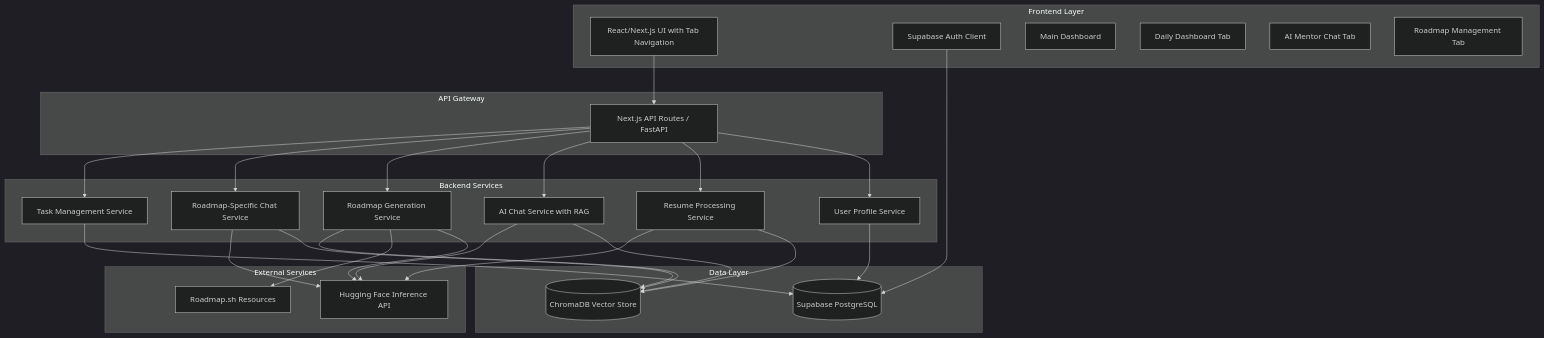
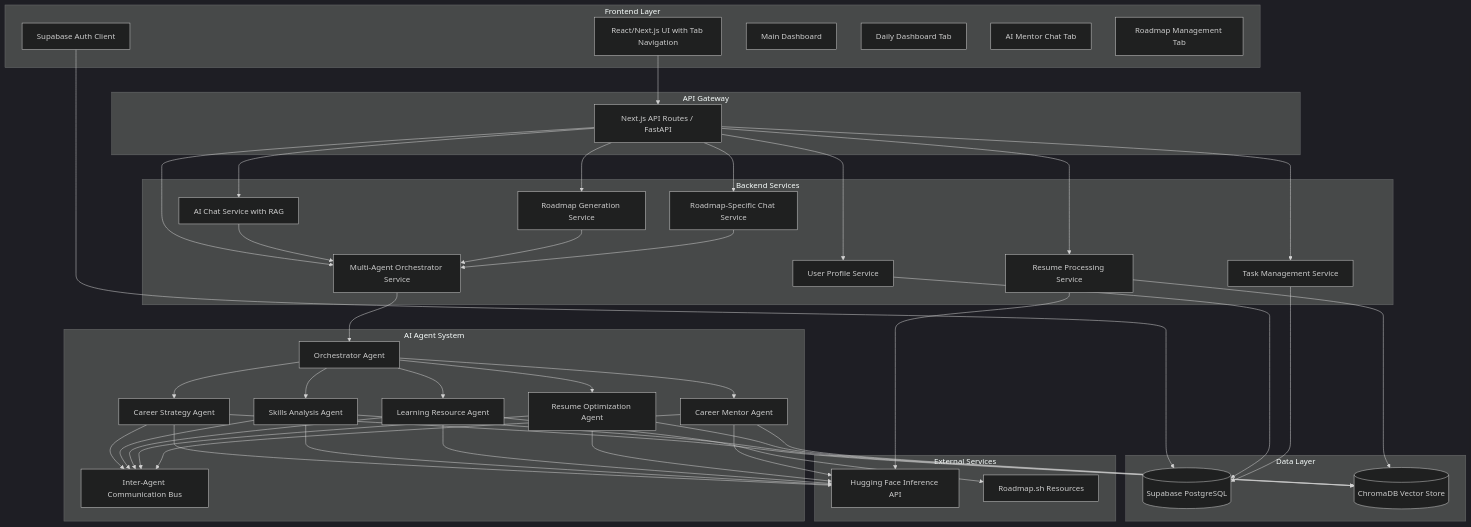
The diagram in .kiro/specs/goaltrajectory-ai/design.md (Samarth-Hiremath1/Trajectory.ai), drawn with Mermaid (dark theme) before and after one commit. The commit also changed other lines of this file and 116 other files, not shown here.

Commit message:
Organized and removed unnecessary files. Removed AI Agent logs. Moved local resume storage to Supabase storage + added fallback error logging/messaging for users

````diff
--- a/.kiro/specs/goaltrajectory-ai/design.md
+++ b/.kiro/specs/goaltrajectory-ai/design.md
@@ -30,6 +30,17 @@
         RoadmapService[Roadmap Generation Service]
         RoadmapChatService[Roadmap-Specific Chat Service]
         TaskService[Task Management Service]
+        AgentOrchestrator[Multi-Agent Orchestrator Service]
+    end
+    
+    subgraph "AI Agent System"
+        OrchestratorAgent[Orchestrator Agent]
+        CareerStrategyAgent[Career Strategy Agent]
+        SkillsAnalysisAgent[Skills Analysis Agent]
+        LearningResourceAgent[Learning Resource Agent]
+        ResumeOptimizationAgent[Resume Optimization Agent]
+        CareerMentorAgent[Career Mentor Agent]
+        AgentCommunication[Inter-Agent Communication Bus]
     end
     
     subgraph "Data Layer"
@@ -50,16 +61,38 @@
     Gateway --> RoadmapService
     Gateway --> RoadmapChatService
     Gateway --> TaskService
+    Gateway --> AgentOrchestrator
     
     UserService --> Supabase
     ResumeService --> ChromaDB
     ResumeService --> HF
-    ChatService --> ChromaDB
-    ChatService --> HF
-    RoadmapService --> HF
-    RoadmapService --> Roadmap
-    RoadmapService --> ChromaDB
-    RoadmapChatService --> ChromaDB
-    RoadmapChatService --> HF
+    ChatService --> AgentOrchestrator
+    RoadmapService --> AgentOrchestrator
+    RoadmapChatService --> AgentOrchestrator
     TaskService --> Supabase
+    
+    AgentOrchestrator --> OrchestratorAgent
+    OrchestratorAgent --> CareerStrategyAgent
+    OrchestratorAgent --> SkillsAnalysisAgent
+    OrchestratorAgent --> LearningResourceAgent
+    OrchestratorAgent --> ResumeOptimizationAgent
+    OrchestratorAgent --> CareerMentorAgent
+    
+    CareerStrategyAgent --> AgentCommunication
+    SkillsAnalysisAgent --> AgentCommunication
+    LearningResourceAgent --> AgentCommunication
+    ResumeOptimizationAgent --> AgentCommunication
+    CareerMentorAgent --> AgentCommunication
+    
+    CareerStrategyAgent --> HF
+    SkillsAnalysisAgent --> HF
+    LearningResourceAgent --> HF
+    ResumeOptimizationAgent --> HF
+    CareerMentorAgent --> HF
+    
+    LearningResourceAgent --> Roadmap
+    CareerStrategyAgent --> ChromaDB
+    SkillsAnalysisAgent --> ChromaDB
+    ResumeOptimizationAgent --> ChromaDB
+    CareerMentorAgent --> ChromaDB
 ```
````
